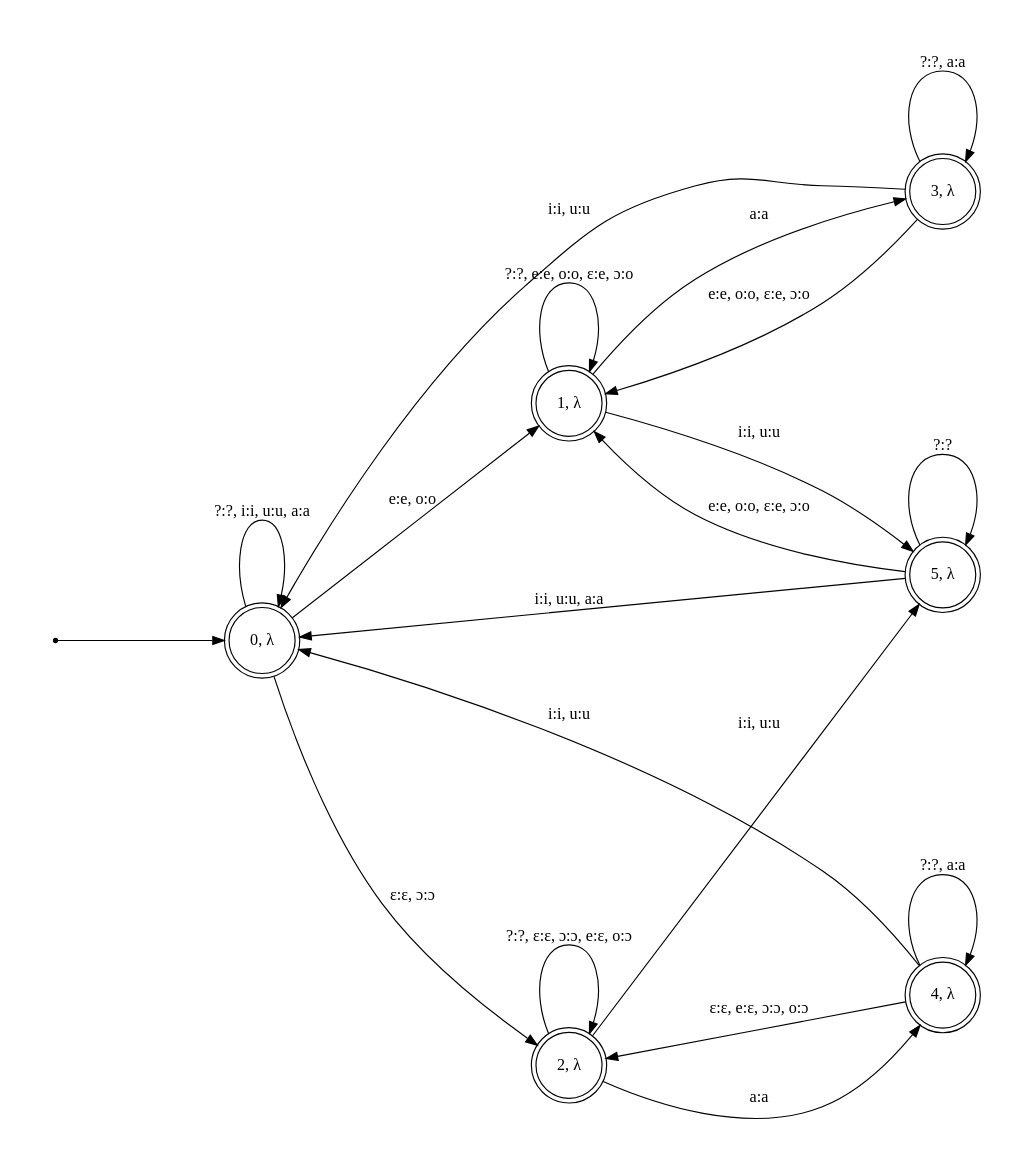
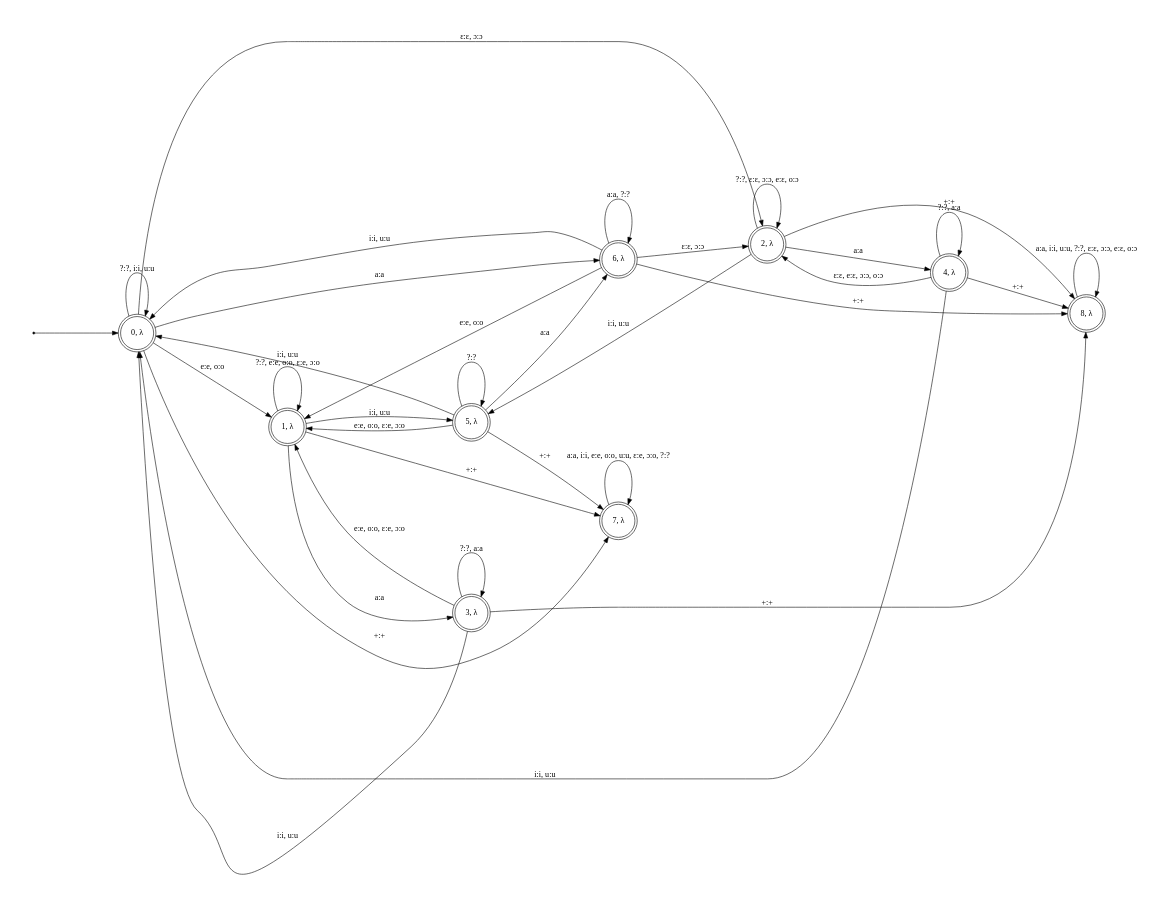
Before and after one commit to ishtiaque06/vh-fst: the diagram in illustrations/Yoruba ATR harmony.gv, drawn with Graphviz. The commit also changed 12 other files, not shown here.

```diff
--- a/illustrations/Yoruba ATR harmony.gv
+++ b/illustrations/Yoruba ATR harmony.gv
@@ -1,33 +1,51 @@
 digraph fst {
 	graph [pad="0.5", nodesep="1", ranksep="2"];
 	rankdir=LR;
 	size="10,10";
 	node [shape = point]; start;
 	node [shape = doublecircle];
 		"0, λ";
 		"1, λ";
 		"2, λ";
 		"3, λ";
 		"4, λ";
 		"5, λ";
+		"6, λ";
+		"7, λ";
+		"8, λ";
 
-	"0, λ" ->	"0, λ" [ label = "?:?, i:i, u:u, a:a" ];
+	"0, λ" ->	"0, λ" [ label = "?:?, i:i, u:u" ];
 	"1, λ" ->	"1, λ" [ label = "?:?, e:e, o:o, ɛ:e, ɔ:o" ];
 	"2, λ" ->	"2, λ" [ label = "?:?, ɛ:ɛ, ɔ:ɔ, e:ɛ, o:ɔ" ];
 	"3, λ" ->	"3, λ" [ label = "?:?, a:a" ];
 	"4, λ" ->	"4, λ" [ label = "?:?, a:a" ];
 	"5, λ" ->	"5, λ" [ label = "?:?" ];
+	"0, λ" ->	"6, λ" [ label = "a:a" ];
 	"0, λ" ->	"1, λ" [ label = "e:e, o:o" ];
 	"0, λ" ->	"2, λ" [ label = "ɛ:ɛ, ɔ:ɔ" ];
 	"1, λ" ->	"3, λ" [ label = "a:a" ];
 	"3, λ" ->	"1, λ" [ label = "e:e, o:o, ɛ:e, ɔ:o" ];
 	"3, λ" ->	"0, λ" [ label = "i:i, u:u" ];
 	"1, λ" ->	"5, λ" [ label = "i:i, u:u" ];
 	"5, λ" ->	"1, λ" [ label = "e:e, o:o, ɛ:e, ɔ:o" ];
-	"5, λ" ->	"0, λ" [ label = "i:i, u:u, a:a" ];
+	"5, λ" ->	"0, λ" [ label = "i:i, u:u" ];
+	"5, λ" ->	"6, λ" [ label = "a:a" ];
 	"2, λ" ->	"5, λ" [ label = "i:i, u:u" ];
 	"2, λ" ->	"4, λ" [ label = "a:a" ];
 	"4, λ" ->	"2, λ" [ label = "ɛ:ɛ, e:ɛ, ɔ:ɔ, o:ɔ" ];
 	"4, λ" ->	"0, λ" [ label = "i:i, u:u" ];
+	"6, λ" ->	"0, λ" [ label = "i:i, u:u" ];
+	"6, λ" ->	"6, λ" [ label = "a:a, ?:?" ];
+	"6, λ" ->	"1, λ" [ label = "e:e, o:o" ];
+	"6, λ" ->	"2, λ" [ label = "ɛ:ɛ, ɔ:ɔ" ];
+	"0, λ" ->	"7, λ" [ label = "+:+" ];
+	"1, λ" ->	"7, λ" [ label = "+:+" ];
+	"5, λ" ->	"7, λ" [ label = "+:+" ];
+	"2, λ" ->	"8, λ" [ label = "+:+" ];
+	"3, λ" ->	"8, λ" [ label = "+:+" ];
+	"4, λ" ->	"8, λ" [ label = "+:+" ];
+	"6, λ" ->	"8, λ" [ label = "+:+" ];
+	"7, λ" ->	"7, λ" [ label = "a:a, i:i, e:e, o:o, u:u, ɛ:e, ɔ:o, ?:?" ];
+	"8, λ" ->	"8, λ" [ label = "a:a, i:i, u:u, ?:?, ɛ:ɛ, ɔ:ɔ, e:ɛ, o:ɔ" ];
 	start -> "0, λ";
 }
```
